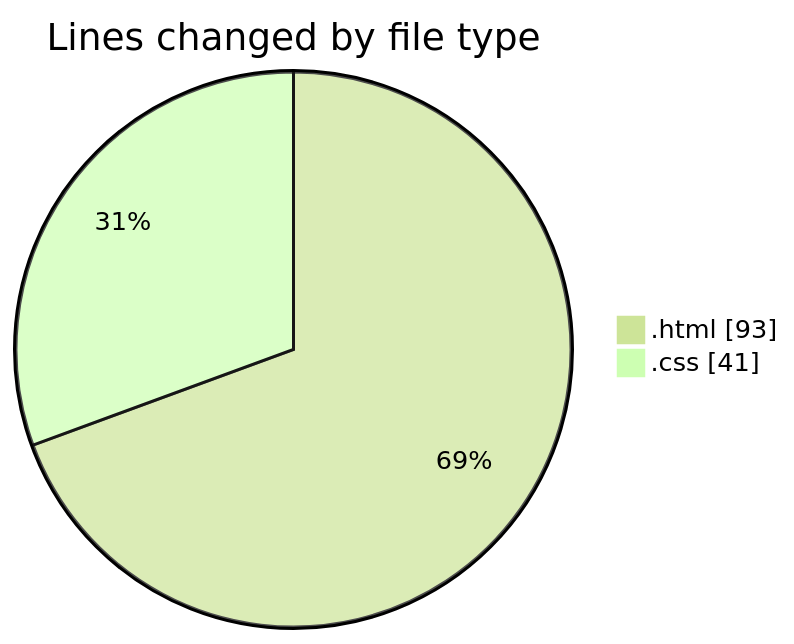
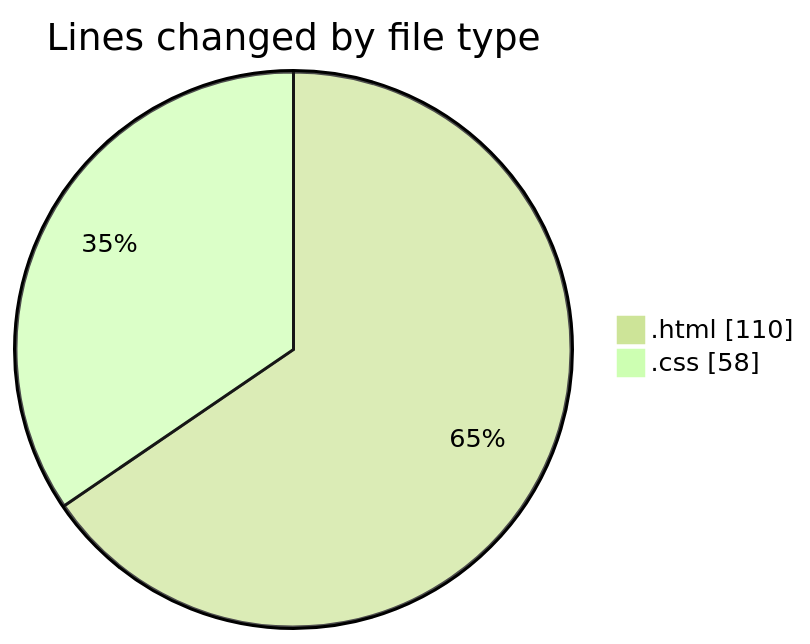
One commit to CELIANVF/code-tracking changed the first of 2 diagrams in 2025-04-14/portfolio/README.md. Above: the diagram before and after it, drawn with Mermaid (forest theme). The commit also changed other lines of this file and 1 other file, not shown here.

````diff
--- a/2025-04-14/portfolio/README.md
+++ b/2025-04-14/portfolio/README.md
@@ -24,6 +24,6 @@
 ```mermaid
 pie showData
 title Lines changed by file type
-".html" : 93
-".css" : 41
+".html" : 110
+".css" : 58
 ```
````
